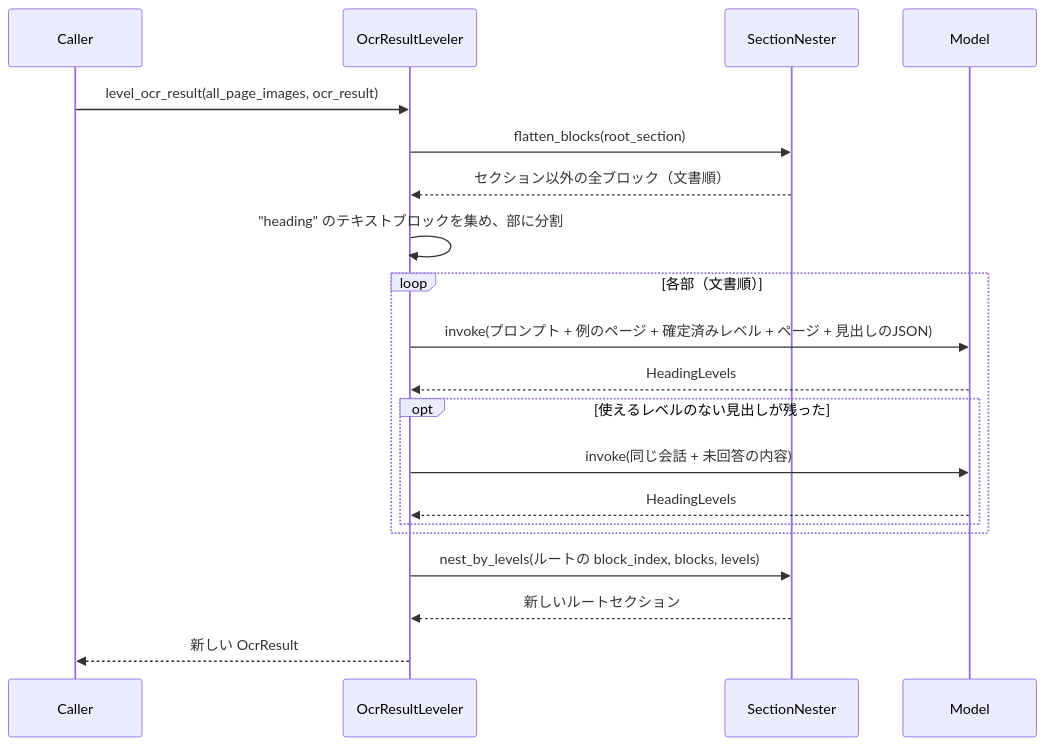
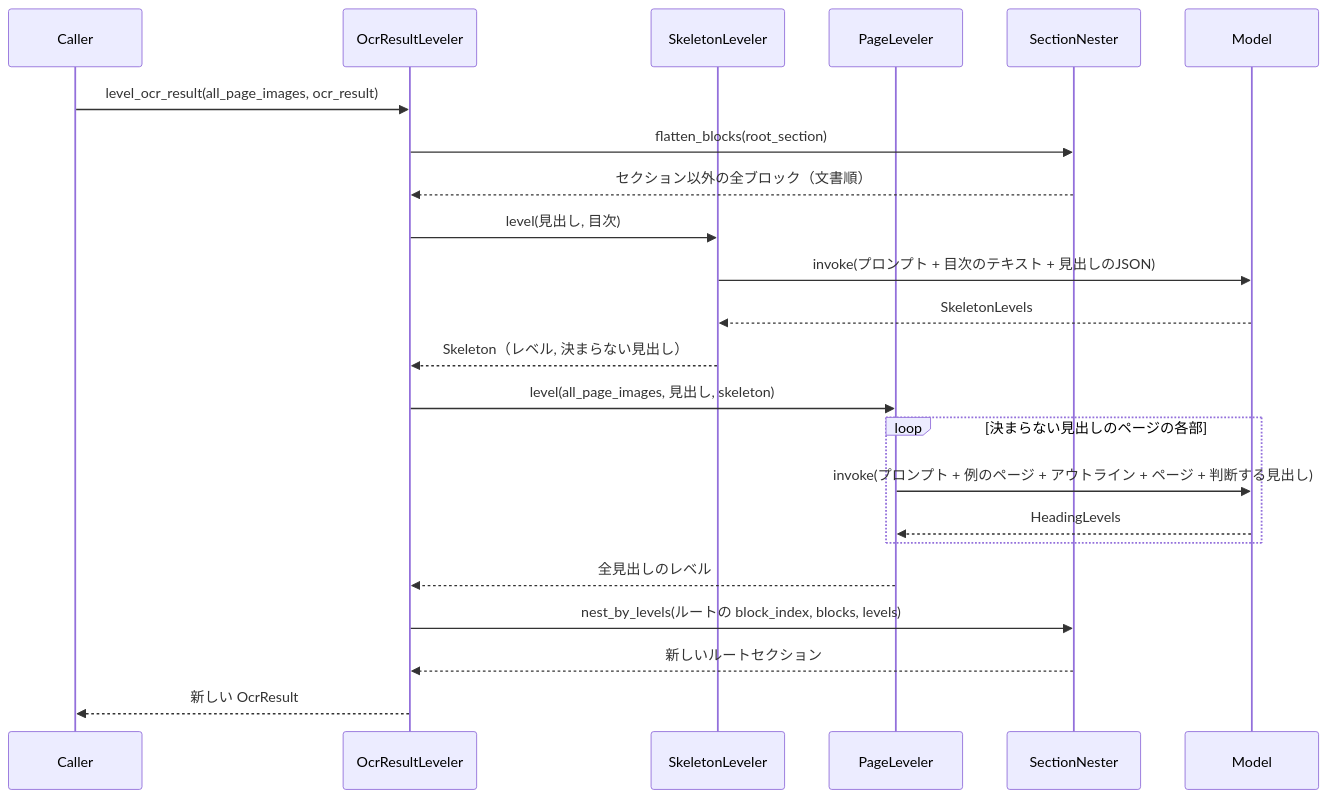
The second of 2 diagrams in Uploader/Leveler/Docs/Leveler.ja.md (konbraphat51/SuperSuat), drawn with Mermaid before and after one commit. The commit also changed other lines of this file and 1 other file, not shown here.

Commit message:
docs: describe the leveler's skeleton from text and tables of contents, and the open headings decided from their pages

````diff
--- a/Uploader/Leveler/Docs/Leveler.ja.md
+++ b/Uploader/Leveler/Docs/Leveler.ja.md
@@ -51,22 +97,25 @@
 ```mermaid
 sequenceDiagram
     participant Caller
     participant OcrResultLeveler
+    participant SkeletonLeveler
+    participant PageLeveler
     participant SectionNester
     participant Model
     Caller->>OcrResultLeveler: level_ocr_result(all_page_images, ocr_result)
     OcrResultLeveler->>SectionNester: flatten_blocks(root_section)
     SectionNester-->>OcrResultLeveler: セクション以外の全ブロック（文書順）
-    OcrResultLeveler->>OcrResultLeveler: "heading" のテキストブロックを集め、部に分割
-    loop 各部（文書順）
-        OcrResultLeveler->>Model: invoke(プロンプト + 例のページ + 確定済みレベル + ページ + 見出しのJSON)
-        Model-->>OcrResultLeveler: HeadingLevels
-        opt 使えるレベルのない見出しが残った
-            OcrResultLeveler->>Model: invoke(同じ会話 + 未回答の内容)
-            Model-->>OcrResultLeveler: HeadingLevels
-        end
+    OcrResultLeveler->>SkeletonLeveler: level(見出し, 目次)
+    SkeletonLeveler->>Model: invoke(プロンプト + 目次のテキスト + 見出しのJSON)
+    Model-->>SkeletonLeveler: SkeletonLevels
+    SkeletonLeveler-->>OcrResultLeveler: Skeleton（レベル, 決まらない見出し）
+    OcrResultLeveler->>PageLeveler: level(all_page_images, 見出し, skeleton)
+    loop 決まらない見出しのページの各部
+        PageLeveler->>Model: invoke(プロンプト + 例のページ + アウトライン + ページ + 判断する見出し)
+        Model-->>PageLeveler: HeadingLevels
     end
+    PageLeveler-->>OcrResultLeveler: 全見出しのレベル
     OcrResultLeveler->>SectionNester: nest_by_levels(ルートの block_index, blocks, levels)
     SectionNester-->>OcrResultLeveler: 新しいルートセクション
     OcrResultLeveler-->>Caller: 新しい OcrResult
 ```
````
